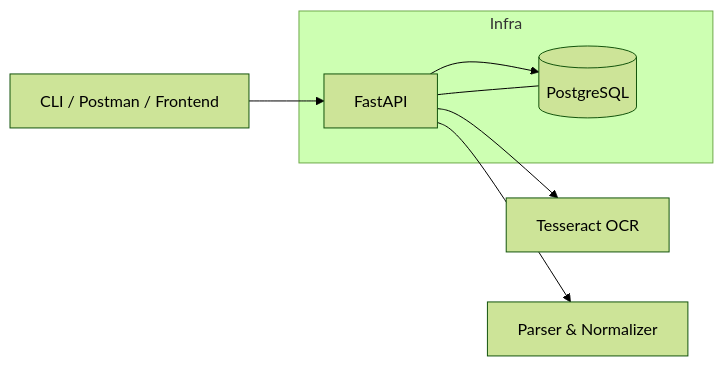
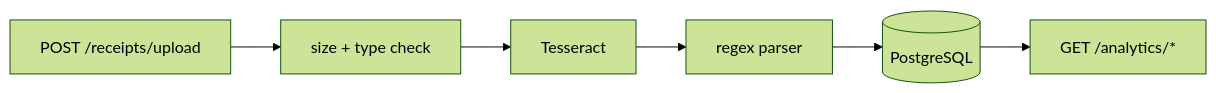
The diagram in README.md (akincenk/Receipt-OCR-Analytics-Platform), drawn with Mermaid (forest theme) before and after one commit. The commit also changed other lines of this file and 1 other file, not shown here.

````diff
--- a/README.md
+++ b/README.md
@@ -16,10 +47,5 @@
 ```mermaid
 flowchart LR
-  Client[CLI / Postman / Frontend] --> API[FastAPI]
-  API --> OCR[Tesseract OCR]
-  API --> Parser[Parser & Normalizer]
-  API --> DB[(PostgreSQL)]
-  subgraph Infra
-    API --- DB
-  end
+  Upload[POST /receipts/upload] --> Check[size + type check] --> OCR[Tesseract] --> Parser[regex parser] --> DB[(PostgreSQL)]
+  DB --> Analytics[GET /analytics/*]
 ```
````
